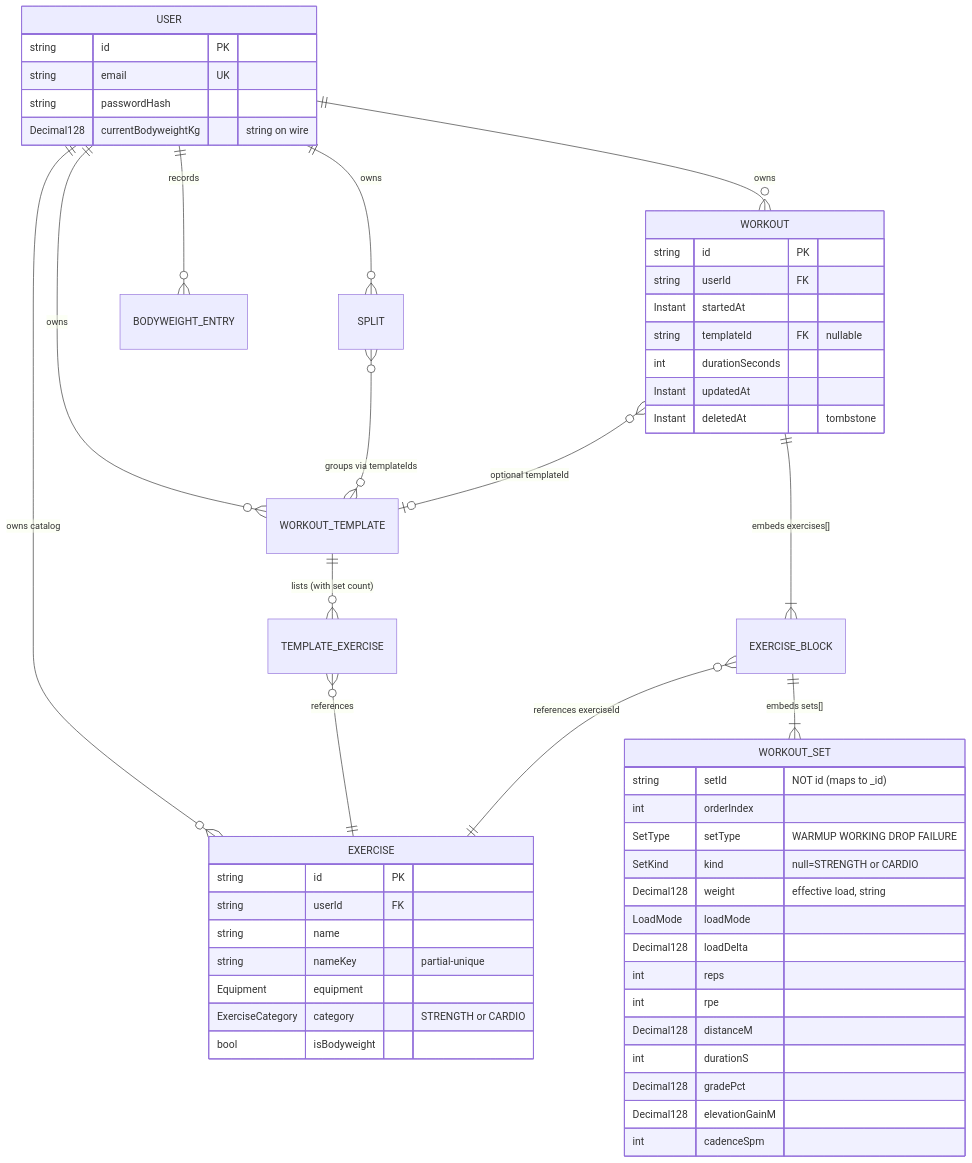
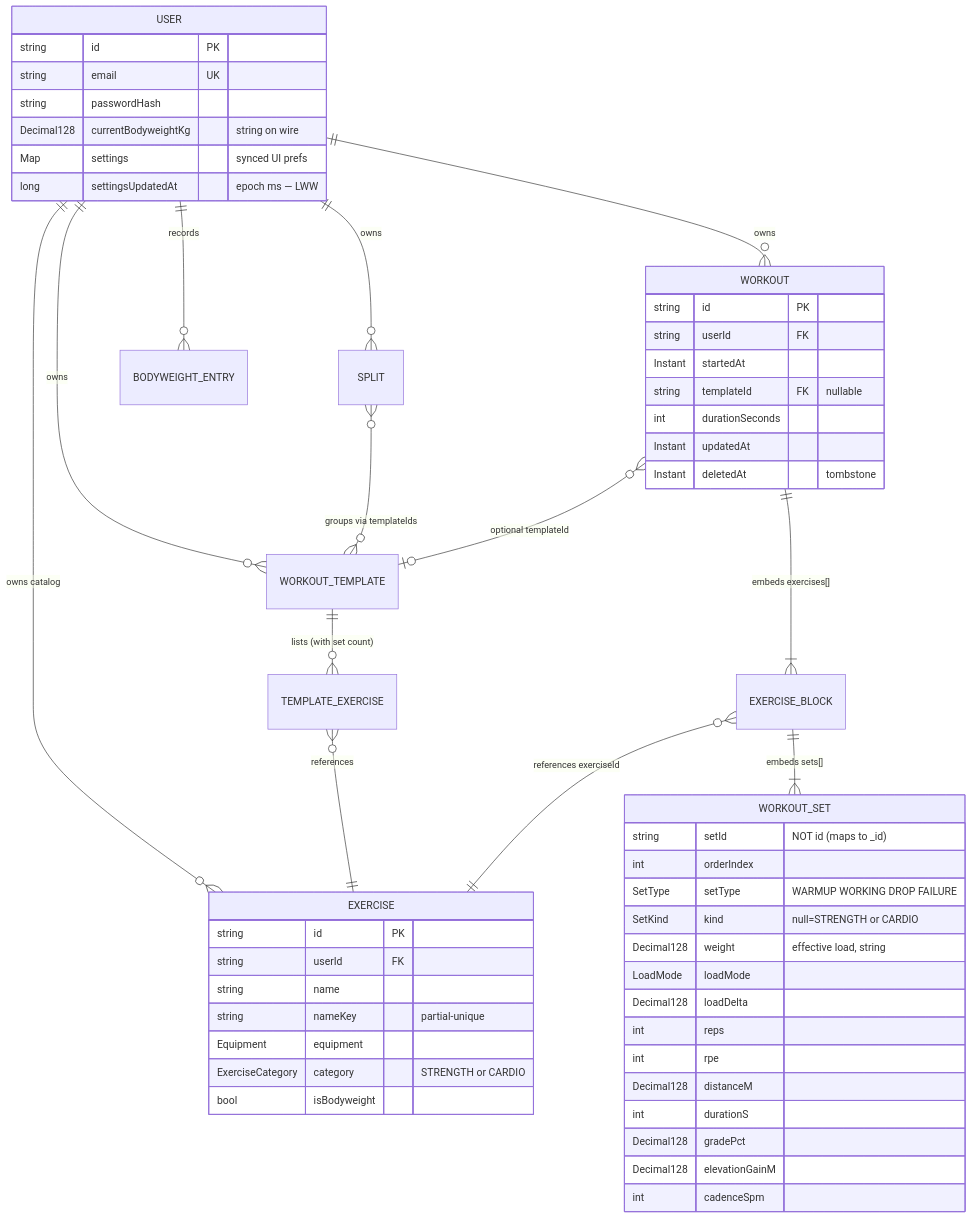
Before and after one commit to avishek-giftnote/workout-logger: the second of 16 diagrams in DIAGRAMS.md, drawn with Mermaid. The commit also changed other lines of this file and 2 other files, not shown here.

First line of the commit message:
Docs: add PROGRESS.md + sync diagrams to local-first settings

````diff
--- a/DIAGRAMS.md
+++ b/DIAGRAMS.md
@@ -44,58 +47,60 @@
 ```mermaid
 erDiagram
   USER ||--o{ EXERCISE : "owns catalog"
   USER ||--o{ WORKOUT_TEMPLATE : owns
   USER ||--o{ SPLIT : owns
   USER ||--o{ WORKOUT : owns
   USER ||--o{ BODYWEIGHT_ENTRY : records
 
   WORKOUT_TEMPLATE ||--o{ TEMPLATE_EXERCISE : "lists (with set count)"
   TEMPLATE_EXERCISE }o--|| EXERCISE : references
   SPLIT }o--o{ WORKOUT_TEMPLATE : "groups via templateIds"
 
   WORKOUT ||--|{ EXERCISE_BLOCK : "embeds exercises[]"
   EXERCISE_BLOCK ||--|{ WORKOUT_SET : "embeds sets[]"
   EXERCISE_BLOCK }o--|| EXERCISE : "references exerciseId"
   WORKOUT }o--o| WORKOUT_TEMPLATE : "optional templateId"
 
   USER {
     string id PK
     string email UK
     string passwordHash
     Decimal128 currentBodyweightKg "string on wire"
+    Map settings "synced UI prefs"
+    long settingsUpdatedAt "epoch ms — LWW"
   }
   EXERCISE {
     string id PK
     string userId FK
     string name
     string nameKey "partial-unique"
     Equipment equipment
     ExerciseCategory category "STRENGTH or CARDIO"
     bool isBodyweight
   }
   WORKOUT {
     string id PK
     string userId FK
     Instant startedAt
     string templateId FK "nullable"
     int durationSeconds
     Instant updatedAt
     Instant deletedAt "tombstone"
   }
   WORKOUT_SET {
     string setId "NOT id (maps to _id)"
     int orderIndex
     SetType setType "WARMUP WORKING DROP FAILURE"
     SetKind kind "null=STRENGTH or CARDIO"
     Decimal128 weight "effective load, string"
     LoadMode loadMode
     Decimal128 loadDelta
     int reps
     int rpe
     Decimal128 distanceM
     int durationS
     Decimal128 gradePct
     Decimal128 elevationGainM
     int cadenceSpm
   }
 ```
````
